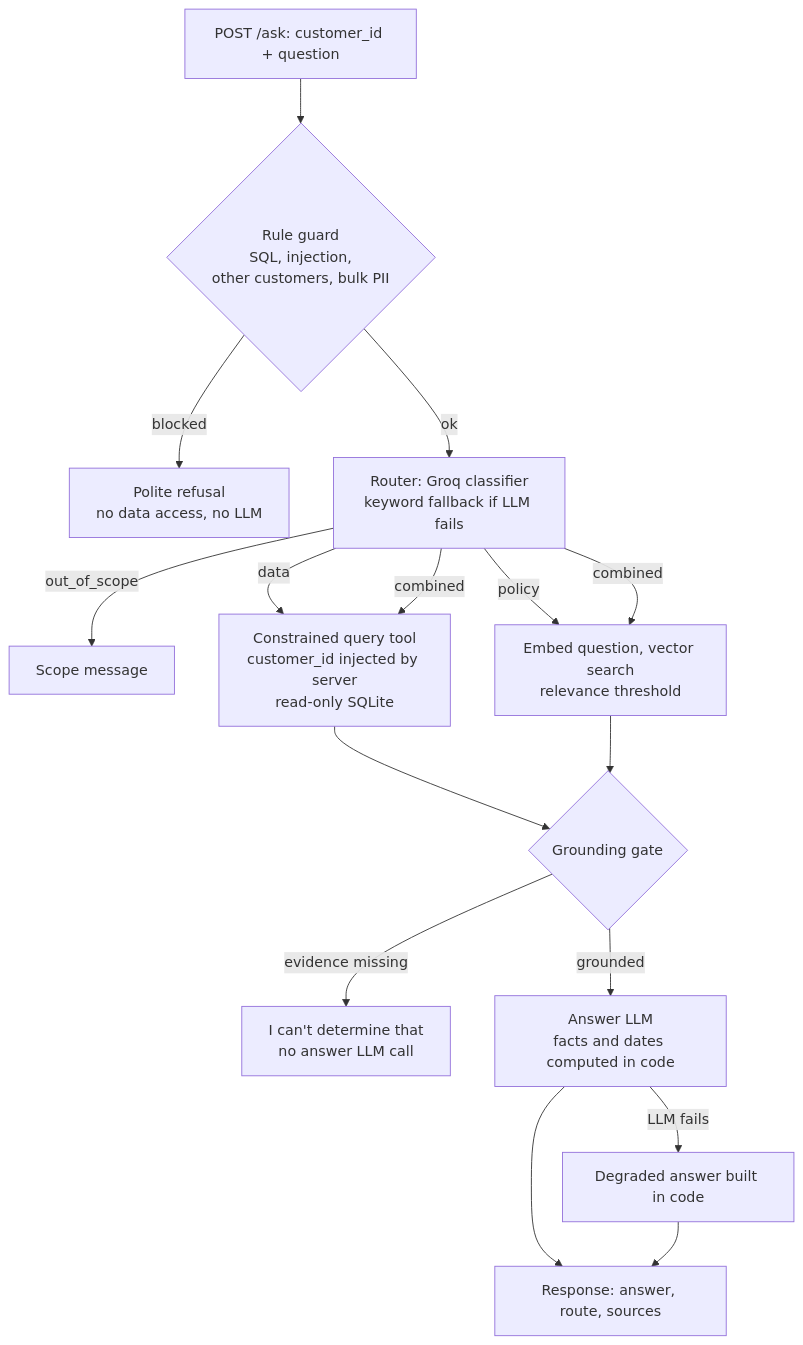
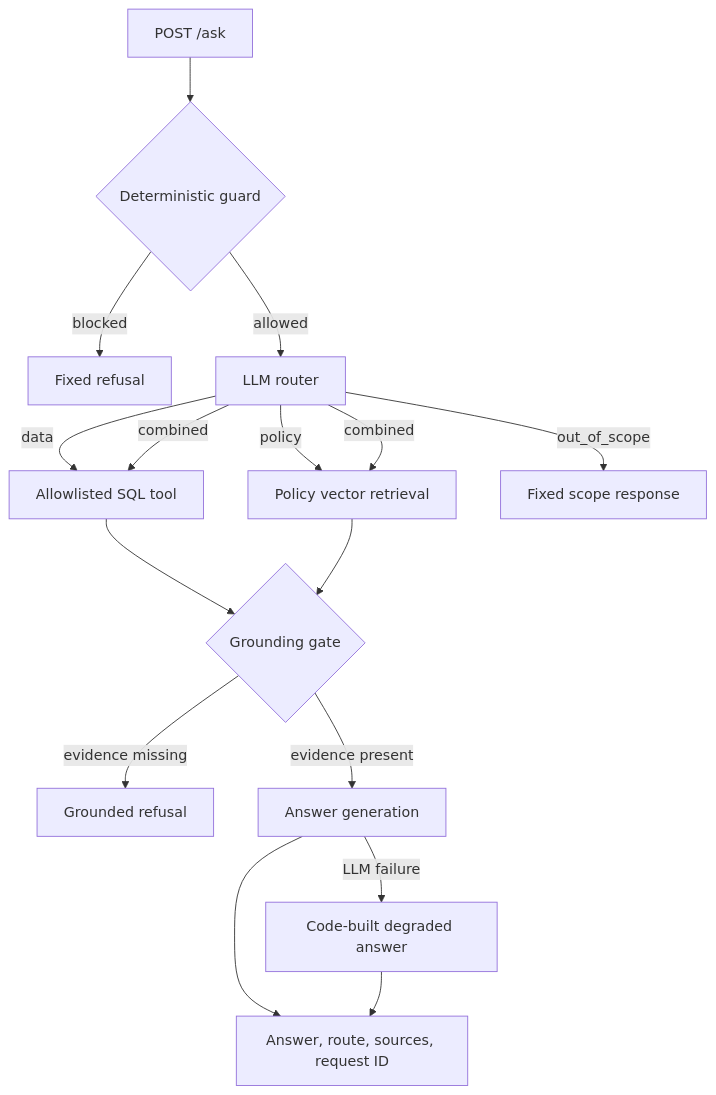
Before and after one commit to AashishBedi/kartly-hybrid-order-assistant: the diagram in README.md, drawn with Mermaid. The commit also changed other lines of this file and 1 other file, not shown here.

Commit message:
docs: finalize README and add manual query examples

````diff
--- a/README.md
+++ b/README.md
@@ -170,18 +84,18 @@
 ```mermaid
 flowchart TD
-    A[POST /ask: customer_id + question] --> B{Rule guard<br/>SQL, injection,<br/>other customers, bulk PII}
-    B -- blocked --> R1[Polite refusal<br/>no data access, no LLM]
-    B -- ok --> C[Router: Groq classifier<br/>keyword fallback if LLM fails]
-    C -- out_of_scope --> R2[Scope message]
-    C -- data --> D[Constrained query tool<br/>customer_id injected by server<br/>read-only SQLite]
-    C -- policy --> E[Embed question, vector search<br/>relevance threshold]
-    C -- combined --> D
-    C -- combined --> E
+    A[POST /ask] --> B{Deterministic guard}
+    B -- blocked --> R1[Fixed refusal]
+    B -- allowed --> C[LLM router]
+    C -->|data| D[Allowlisted SQL tool]
+    C -->|policy| E[Policy vector retrieval]
+    C -->|combined| D
+    C -->|combined| E
+    C -->|out_of_scope| R2[Fixed scope response]
     D --> F{Grounding gate}
     E --> F
-    F -- evidence missing --> R3[I can't determine that<br/>no answer LLM call]
-    F -- grounded --> G[Answer LLM<br/>facts and dates computed in code]
-    G -- LLM fails --> H[Degraded answer built in code]
-    G --> I[Response: answer, route, sources]
+    F -- evidence missing --> R3[Grounded refusal]
+    F -- evidence present --> G[Answer generation]
+    G -- LLM failure --> H[Code-built degraded answer]
+    G --> I[Answer, route, sources, request ID]
     H --> I
 ```
````
